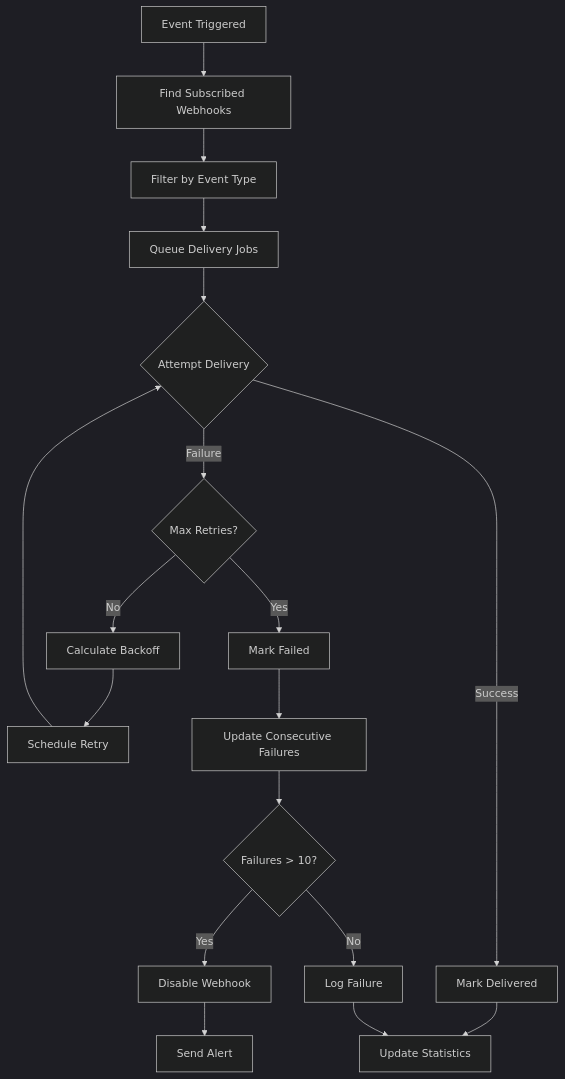
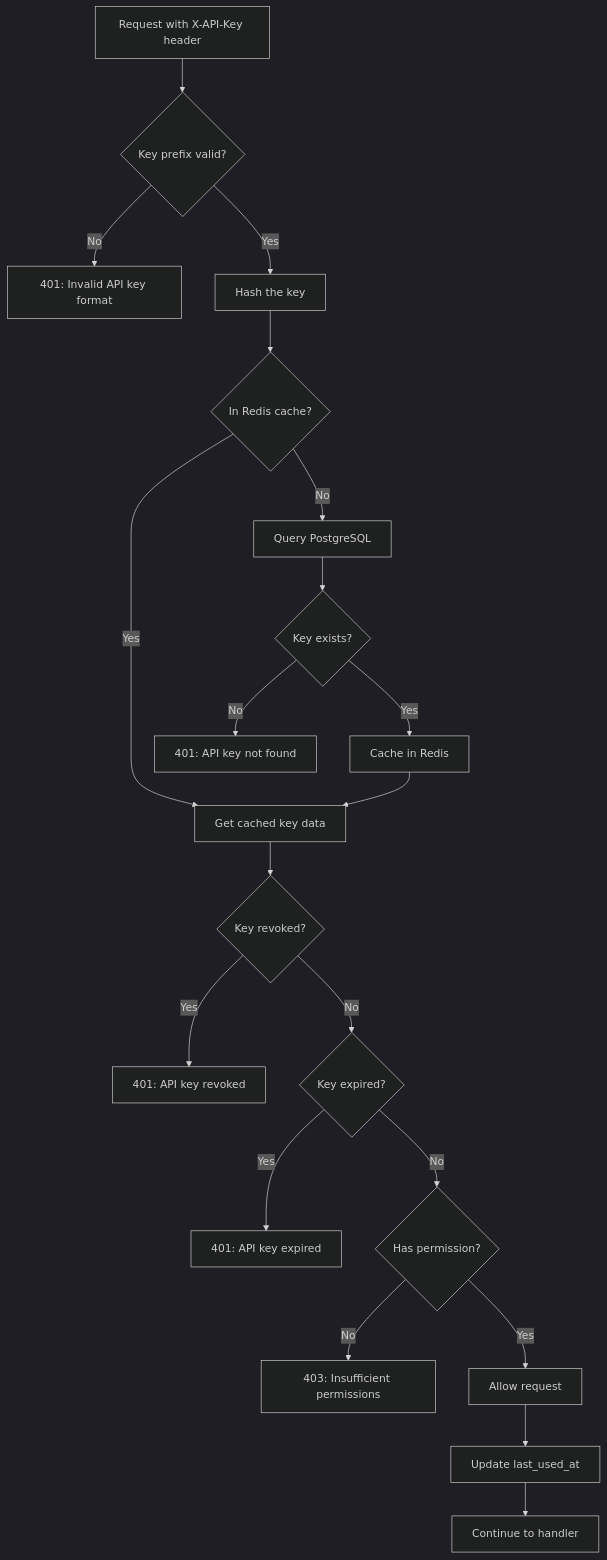
Before and after one commit to Hundia/autospec: diagram 11 of 23 in examples/api-service/docs/architecture/diagrams.md, drawn with Mermaid (dark theme). The commit also changed other lines of this file and 64 other files, not shown here.

````diff
--- a/examples/api-service/docs/architecture/diagrams.md
+++ b/examples/api-service/docs/architecture/diagrams.md
@@ -324,25 +472,30 @@
 ```mermaid
 flowchart TD
-    A[Event Triggered] --> B[Find Subscribed Webhooks]
-    B --> C[Filter by Event Type]
-    C --> D[Queue Delivery Jobs]
+    A[Request with X-API-Key header] --> B{Key prefix valid?}
 
-    D --> E{Attempt Delivery}
-    E -->|Success| F[Mark Delivered]
-    E -->|Failure| G{Max Retries?}
+    B -->|No| C[401: Invalid API key format]
+    B -->|Yes| D[Hash the key]
 
-    G -->|No| H[Calculate Backoff]
-    H --> I[Schedule Retry]
-    I --> E
+    D --> E{In Redis cache?}
 
-    G -->|Yes| J[Mark Failed]
-    J --> K[Update Consecutive Failures]
-    K --> L{Failures > 10?}
+    E -->|Yes| F[Get cached key data]
+    E -->|No| G[Query PostgreSQL]
 
-    L -->|Yes| M[Disable Webhook]
-    M --> N[Send Alert]
-    L -->|No| O[Log Failure]
+    G --> H{Key exists?}
+    H -->|No| I[401: API key not found]
+    H -->|Yes| J[Cache in Redis]
+    J --> F
 
-    F --> P[Update Statistics]
-    O --> P
+    F --> K{Key revoked?}
+    K -->|Yes| L[401: API key revoked]
+    K -->|No| M{Key expired?}
+
+    M -->|Yes| N[401: API key expired]
+    M -->|No| O{Has permission?}
+
+    O -->|No| P[403: Insufficient permissions]
+    O -->|Yes| Q[Allow request]
+
+    Q --> R[Update last_used_at]
+    R --> S[Continue to handler]
 ```
````
